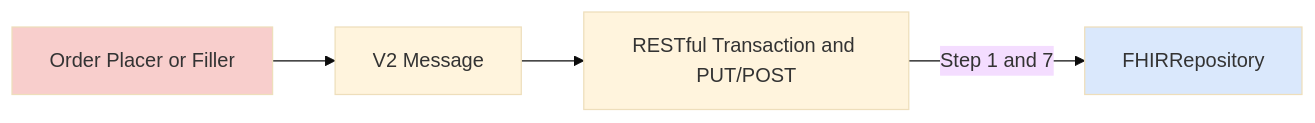
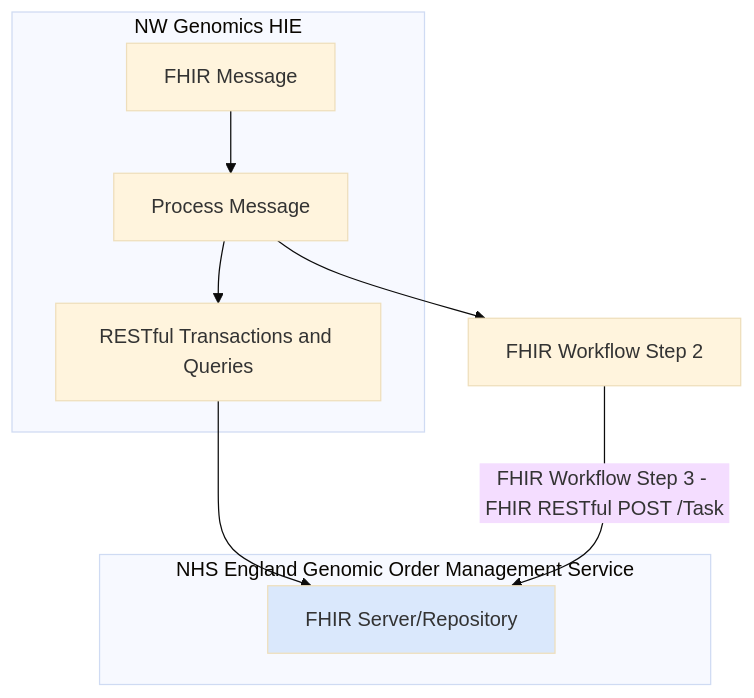
One commit to uk-gov-mirror/nw-gmsa.nw-gmsa.github.com changed the seventh of 8 diagrams in input/pagecontent/interaction-options.md. Above: the diagram before and after it, drawn with Mermaid (base theme). The commit also changed other lines of this file, not shown here.

Commit message:
FHIR Workflow options

````diff
--- a/input/pagecontent/interaction-options.md
+++ b/input/pagecontent/interaction-options.md
@@ -168,20 +236,27 @@
 ```mermaid
-graph LR
+graph TD
+    
+    subgraph HIE[NW Genomics HIE]
+       FHIRMessage[FHIR Message]
+       ProcessMessage[Process Message]
+       Transaction[RESTful Transactions and Queries]    
+    end
+    
+    subgraph GOMS[NHS England Genomic Order Management Service]
+        FHIRRepository[FHIR Server/Repository]  
+    end
 
-    OrderPlacer
-    V2Message[V2 Message]
-   
-        Transaction[RESTful Transaction and PUT/POST]
-   
-    FHIRRepository 
-
-    OrderPlacer[Order Placer or Filler] --> V2Message
-    V2Message --> Transaction
-    Transaction --> |Step 1 and 7| FHIRRepository
+    FHIRMessage --> ProcessMessage 
+    ProcessMessage --> Transaction
+    Transaction --> FHIRRepository
+    ProcessMessage --> Step2[FHIR Workflow Step 2]
+    Step2 --> |FHIR Workflow Step 3 - FHIR RESTful POST /Task| FHIRRepository
 
     classDef pink fill:#F8CECC
     classDef blue fill:#DAE8FC;
+    classDef grey fill:#F5F5F5;
     
+    class OrderFiller grey;
     class OrderPlacer pink
     class FHIRRepository blue
 ```
````
